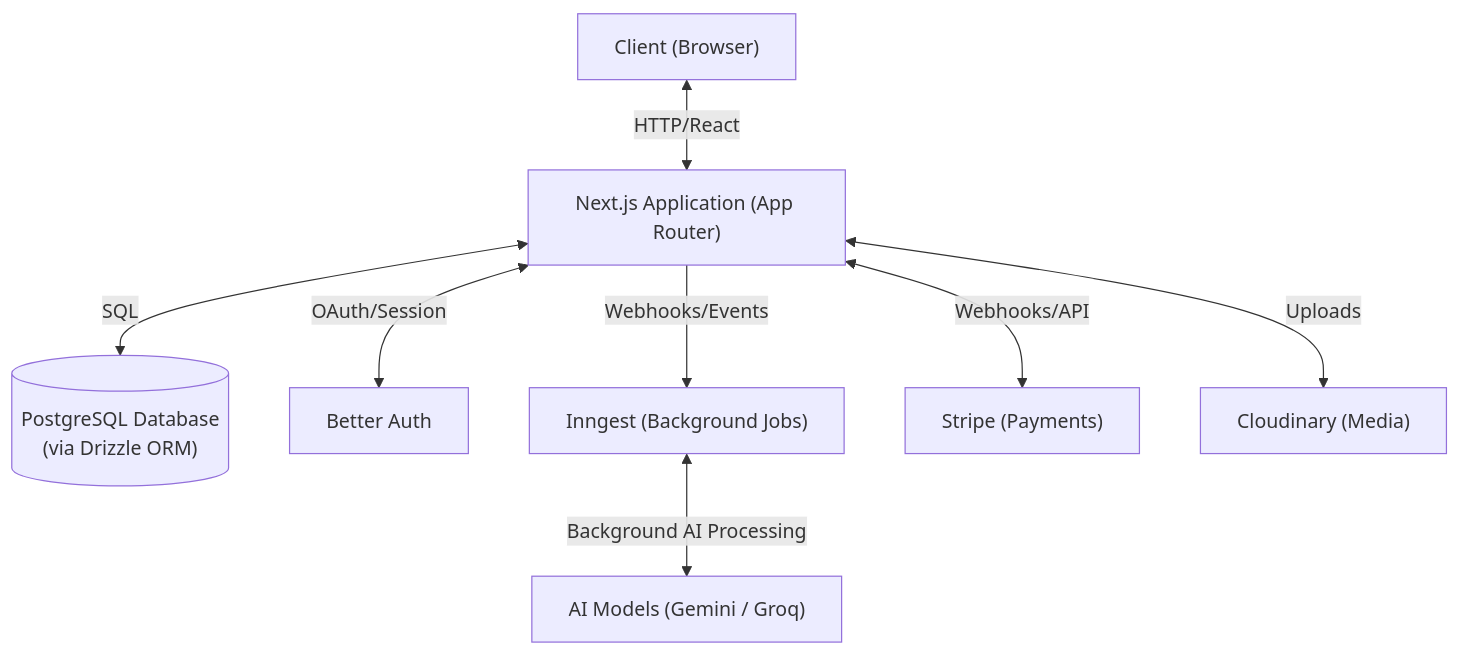
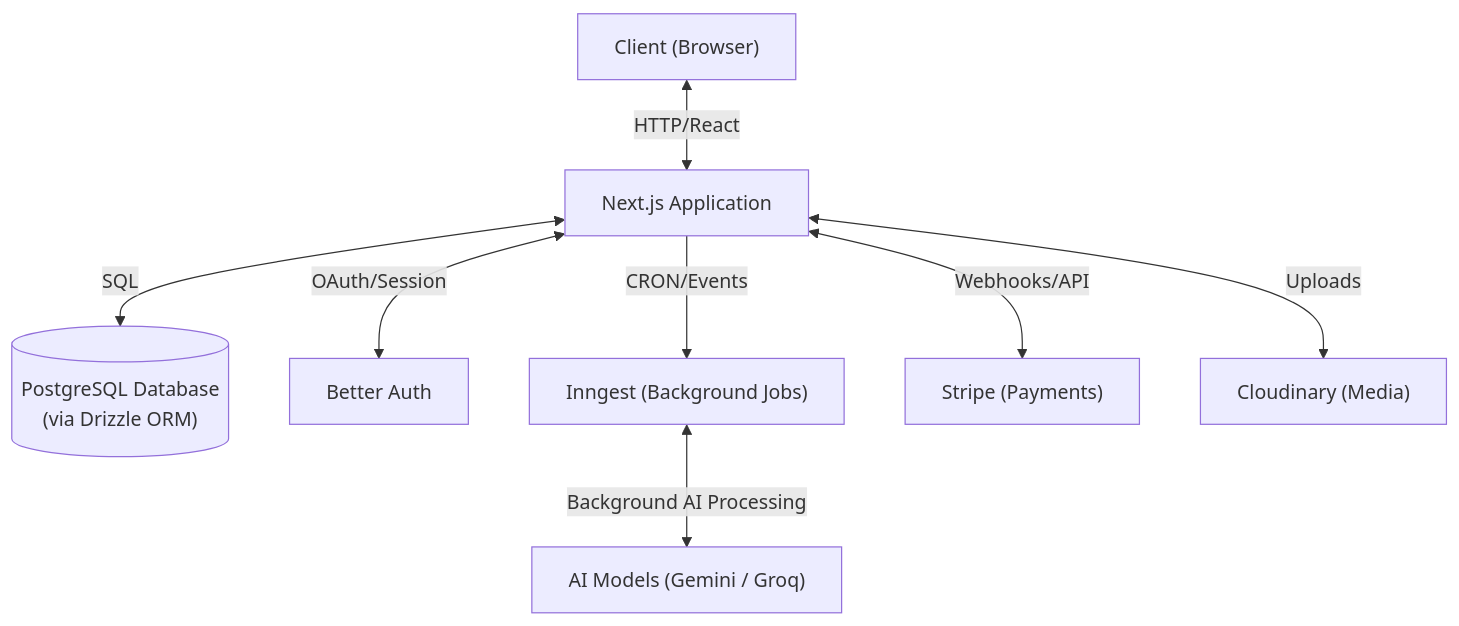
The first of 2 diagrams in README.md (Rai-Anish/3cai), drawn with Mermaid before and after one commit. The commit also changed other lines of this file and 1 other file, not shown here.

Commit message:
docs: update project README with UI showcase and architectural diagrams, and update Stripe subscription success redirect URL

````diff
--- a/README.md
+++ b/README.md
@@ -50,19 +60,19 @@
 ```mermaid
 graph TD
     Client["Client (Browser)"]
-    NextJS["Next.js Application (App Router)"]
+    NextJS["Next.js Application"]
     DB[("PostgreSQL Database\n(via Drizzle ORM)")]
     Auth["Better Auth"]
     Inngest["Inngest (Background Jobs)"]
     Stripe["Stripe (Payments)"]
     LLMs["AI Models (Gemini / Groq)"]
     Cloudinary["Cloudinary (Media)"]
 
     Client <-->|HTTP/React| NextJS
     NextJS <-->|OAuth/Session| Auth
     NextJS <-->|SQL| DB
-    NextJS -->|Webhooks/Events| Inngest
+    NextJS -->|CRON/Events| Inngest
     Inngest <-->|Background AI Processing| LLMs
     NextJS <-->|Webhooks/API| Stripe
     NextJS <-->|Uploads| Cloudinary
 ```
````
